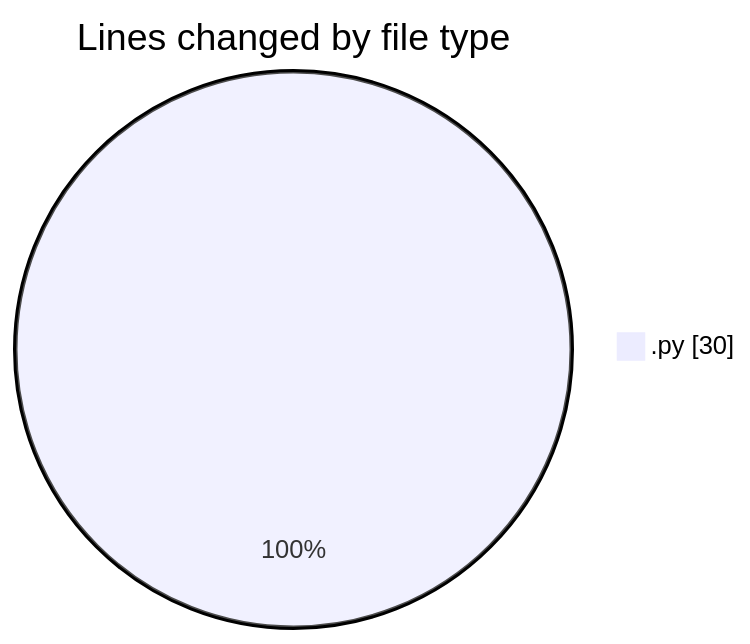
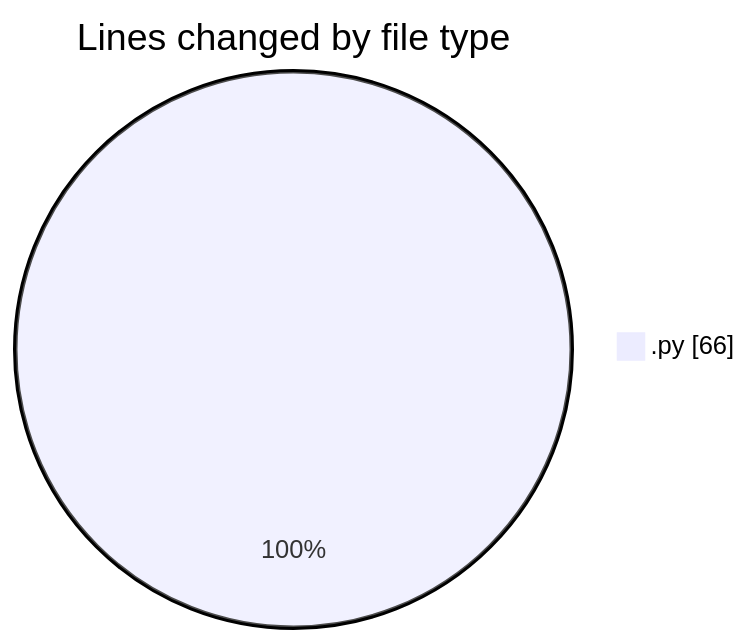
Before and after one commit to hasnaa123/code-tracking: the first of 2 diagrams in 2026-02-25/student_performance_system/README.md, drawn with Mermaid. The commit also changed other lines of this file and 1 other file, not shown here.

````diff
--- a/2026-02-25/student_performance_system/README.md
+++ b/2026-02-25/student_performance_system/README.md
@@ -20,5 +20,5 @@
 ```mermaid
 pie showData
 title Lines changed by file type
-".py" : 30
+".py" : 66
 ```
````
